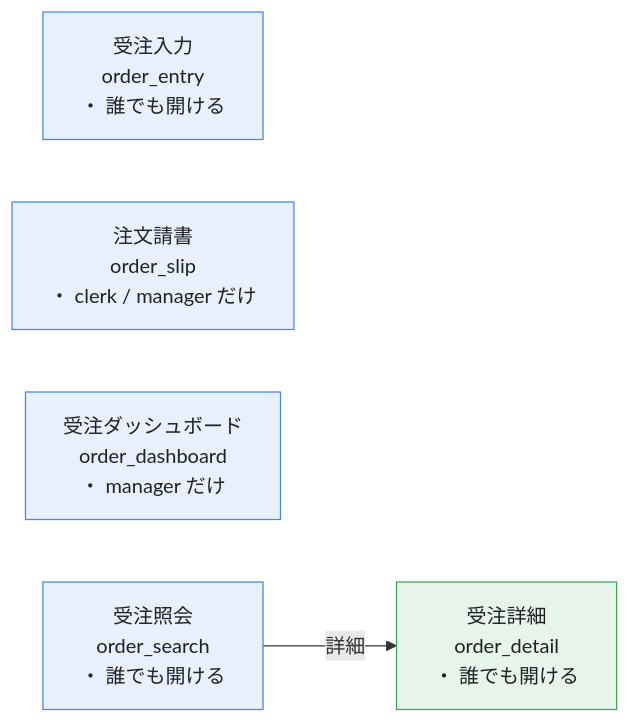
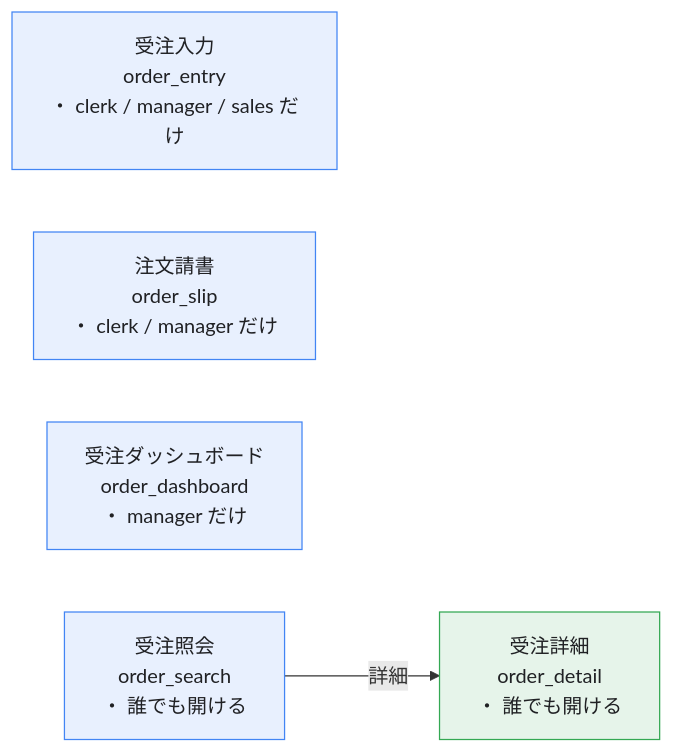
Before and after one commit to ASIL-E-Hatake/hatake-example: the diagram in apps/order-entry-prj/docs/2-設計/画面遷移図.md, drawn with Mermaid. The commit also changed 119 other files, not shown here.

````diff
--- a/apps/order-entry-prj/docs/2-設計/画面遷移図.md
+++ b/apps/order-entry-prj/docs/2-設計/画面遷移図.md
@@ -9,15 +9,15 @@
 ```mermaid
 %% 受注管理（order_entry）の画面と遷移
 %% 段は「メニューから開ける画面 → そこから遷移で開く画面」。線は遷移の向き（札はボタン名）。箱の中は誰が開けるか。
 flowchart LR
-  order_entry["受注入力<br/>order_entry<br/>・ 誰でも開ける"]
+  order_entry["受注入力<br/>order_entry<br/>・ clerk / manager / sales だけ"]
   order_slip["注文請書<br/>order_slip<br/>・ clerk / manager だけ"]
   order_dashboard["受注ダッシュボード<br/>order_dashboard<br/>・ manager だけ"]
   order_search["受注照会<br/>order_search<br/>・ 誰でも開ける"]
   order_detail["受注詳細<br/>order_detail<br/>・ 誰でも開ける"]
   order_search -->|詳細| order_detail
   classDef input fill:#e8f0fe,stroke:#4285f4,color:#202124
   class order_entry,order_slip,order_dashboard,order_search input
   classDef core fill:#e6f4ea,stroke:#34a853,color:#202124
   class order_detail core
 ```
````
